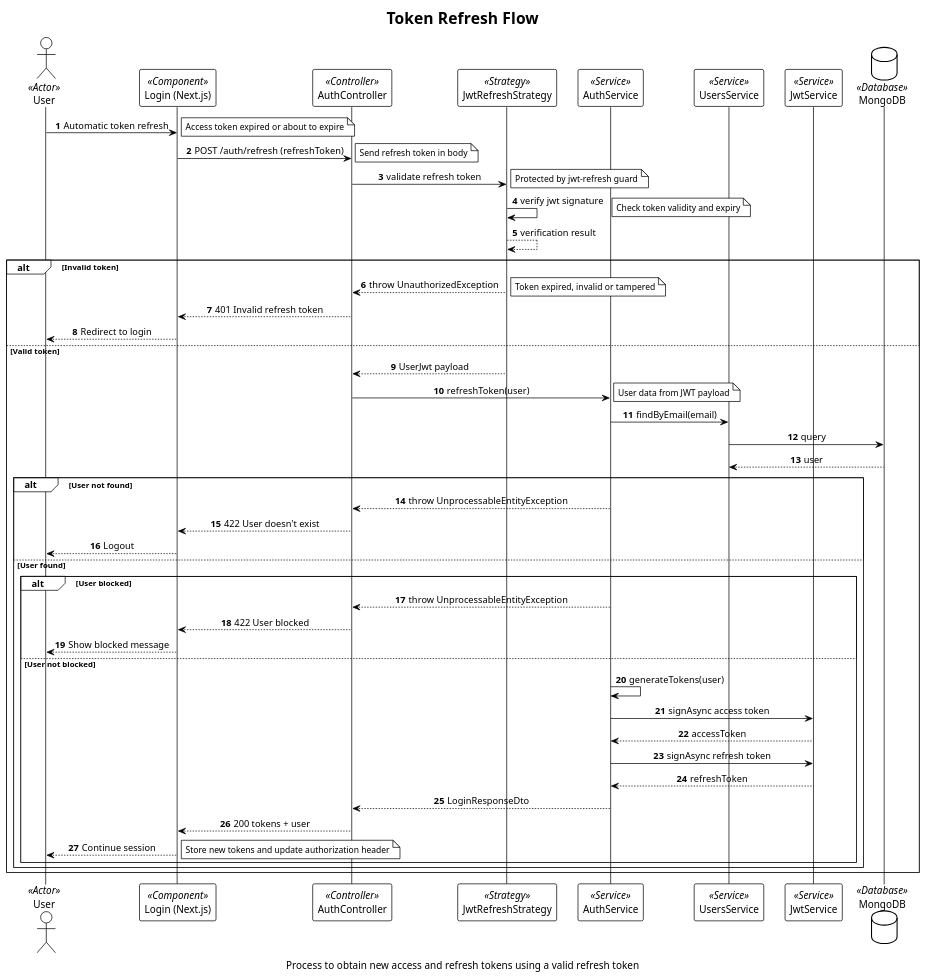
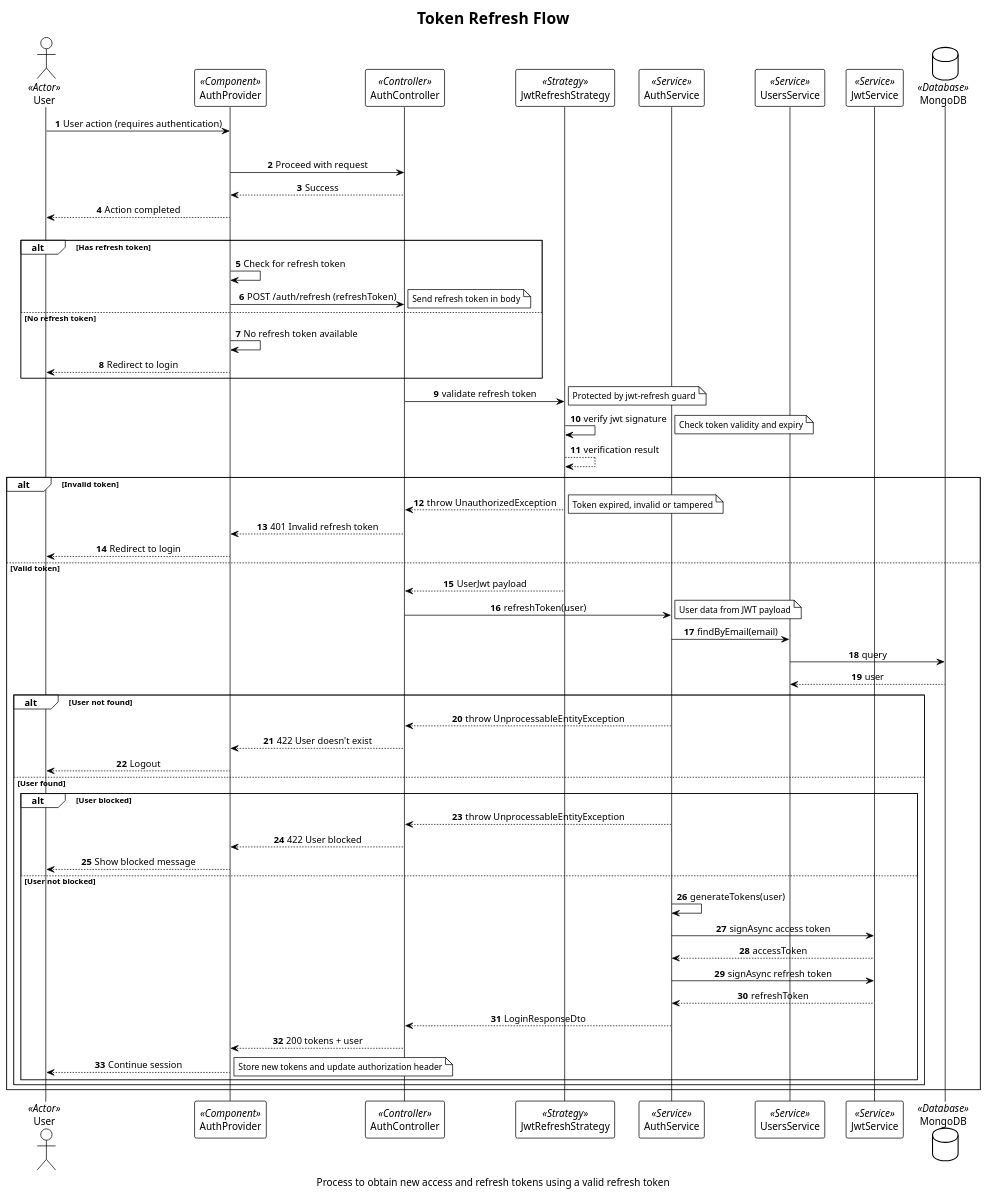
Before and after one commit to lehuygiang28/vphim: the diagram in documents/diagram/sequences/auth/auth-token-refresh-flow.puml, drawn with PlantUML.

Commit message:
refactor(diagrams/sequences/auth): 🛠️ update token refresh flow diagram
- Renamed participant from "Login (Next.js)" to "AuthProvider" for clarity.
- Enhanced the sequence flow to better represent user actions and token validation processes.
- Improved error handling paths for expired or invalid access tokens and refresh tokens.
- Streamlined interactions between components to reflect accurate authentication flow.

```diff
--- a/documents/diagram/sequences/auth/auth-token-refresh-flow.puml
+++ b/documents/diagram/sequences/auth/auth-token-refresh-flow.puml
@@ -1,75 +1,86 @@
 @startuml Token Refresh Flow
 !theme plain
 skinparam sequenceMessageAlign center
 skinparam maxMessageSize 250
 skinparam noteFontSize 12
 skinparam BoxPadding 10
 
 autonumber
 
 title Token Refresh Flow
 caption Process to obtain new access and refresh tokens using a valid refresh token
 
 actor User <<Actor>>
-participant "Login (Next.js)" as LoginComponent <<Component>>
+participant "AuthProvider" as AuthProvider <<Component>>
 participant "AuthController" as AuthController <<Controller>>
 participant "JwtRefreshStrategy" as JwtRefreshStrategy <<Strategy>>
 participant "AuthService" as AuthService <<Service>>
 participant "UsersService" as UsersService <<Service>>
 participant "JwtService" as JwtService <<Service>>
 database "MongoDB" as DB <<Database>>
 
-User -> LoginComponent: Automatic token refresh
-note right: Access token expired or about to expire
-LoginComponent -> AuthController: POST /auth/refresh (refreshToken)
-note right: Send refresh token in body
+User -> AuthProvider: User action (requires authentication)
+alt Access token valid
+    AuthProvider -> AuthController: Proceed with request
+    AuthController --> AuthProvider: Success
+    AuthProvider --> User: Action completed
+else Access token expired or invalid (401/403)
+    note right: On 401/403 error, client checks for refresh token
+    alt Has refresh token
+        AuthProvider -> AuthProvider: Check for refresh token
+        AuthProvider -> AuthController: POST /auth/refresh (refreshToken)
+        note right: Send refresh token in body
+    else No refresh token
+        AuthProvider -> AuthProvider: No refresh token available
+        AuthProvider --> User: Redirect to login
+    end
 
 AuthController -> JwtRefreshStrategy: validate refresh token
 note right: Protected by jwt-refresh guard
 JwtRefreshStrategy -> JwtRefreshStrategy: verify jwt signature
 note right: Check token validity and expiry
 return verification result
 
 alt Invalid token
     JwtRefreshStrategy --> AuthController: throw UnauthorizedException
     note right: Token expired, invalid or tampered
-    AuthController --> LoginComponent: 401 Invalid refresh token
-    LoginComponent --> User: Redirect to login
+    AuthController --> AuthProvider: 401 Invalid refresh token
+    AuthProvider --> User: Redirect to login
 else Valid token
     JwtRefreshStrategy --> AuthController: UserJwt payload
 
     AuthController -> AuthService: refreshToken(user)
     note right: User data from JWT payload
 
     AuthService -> UsersService: findByEmail(email)
     UsersService -> DB: query
     return user
     deactivate UsersService
 
     alt User not found
         AuthService --> AuthController: throw UnprocessableEntityException
-        AuthController --> LoginComponent: 422 User doesn't exist
-        LoginComponent --> User: Logout
+        AuthController --> AuthProvider: 422 User doesn't exist
+        AuthProvider --> User: Logout
     else User found
         alt User blocked
             AuthService --> AuthController: throw UnprocessableEntityException
-            AuthController --> LoginComponent: 422 User blocked
-            LoginComponent --> User: Show blocked message
+            AuthController --> AuthProvider: 422 User blocked
+            AuthProvider --> User: Show blocked message
         else User not blocked
             AuthService -> AuthService: generateTokens(user)
 
             AuthService -> JwtService: signAsync access token
             return accessToken
 
             AuthService -> JwtService: signAsync refresh token
             return refreshToken
 
             AuthService --> AuthController: LoginResponseDto
-            AuthController --> LoginComponent: 200 tokens + user
-            LoginComponent --> User: Continue session
+            AuthController --> AuthProvider: 200 tokens + user
+            AuthProvider --> User: Continue session
             note right: Store new tokens and update authorization header
         end
     end
 end
 
 @enduml
```
